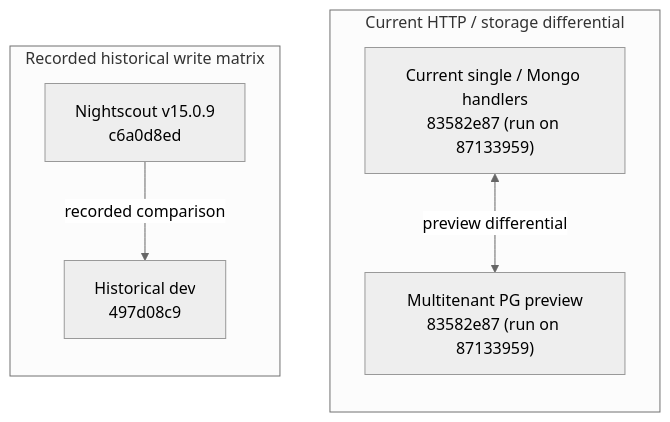
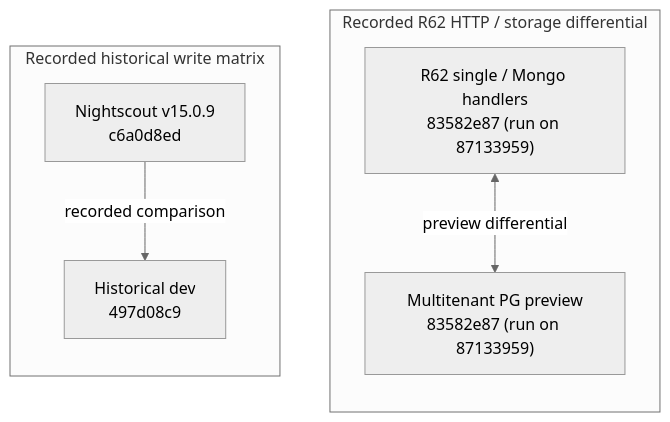
One commit to bewest/rag-nightscout-ecosystem-alignment changed the fourth of 4 diagrams in docs/30-design/tenancy/single-and-multitenant-architecture.md. Above: the diagram before and after it, drawn with Mermaid (neutral theme). The commit also changed other lines of this file and 16 other files, not shown here.

````diff
--- a/docs/30-design/tenancy/single-and-multitenant-architecture.md
+++ b/docs/30-design/tenancy/single-and-multitenant-architecture.md
@@ -317,13 +351,13 @@
 ```mermaid
 flowchart LR
   subgraph Historical["Recorded historical write matrix"]
     direction TB
     Old["Nightscout v15.0.9<br/>c6a0d8ed"] -->|"recorded comparison"| Historic["Historical dev<br/>497d08c9"]
   end
-  subgraph Preview["Current HTTP / storage differential"]
+  subgraph Preview["Recorded R62 HTTP / storage differential"]
     direction TB
-    Current["Current single / Mongo handlers<br/>83582e87 (run on 87133959)"] <-->|"preview differential"| Multi["Multitenant PG preview<br/>83582e87 (run on 87133959)"]
+    Current["R62 single / Mongo handlers<br/>83582e87 (run on 87133959)"] <-->|"preview differential"| Multi["Multitenant PG preview<br/>83582e87 (run on 87133959)"]
   end
   %% Layout-only link, not a comparison between the experiments
   Historical ~~~ Preview
 ```
````
